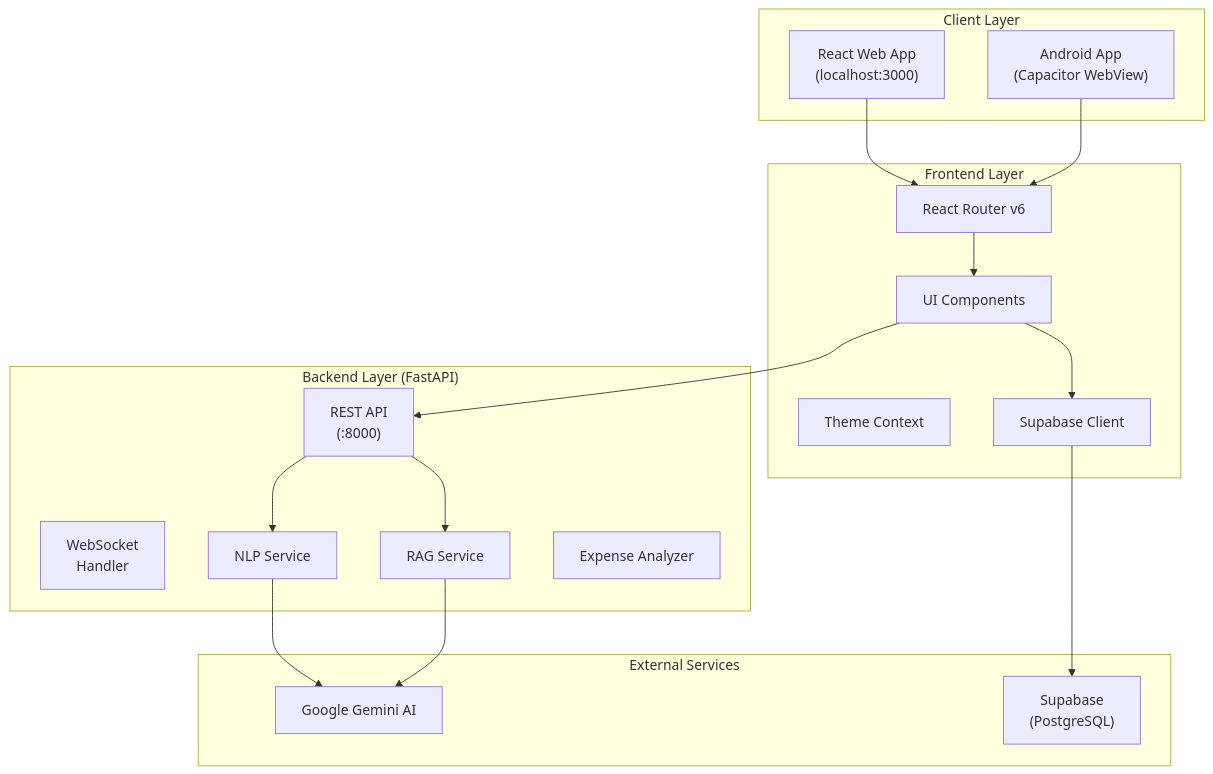
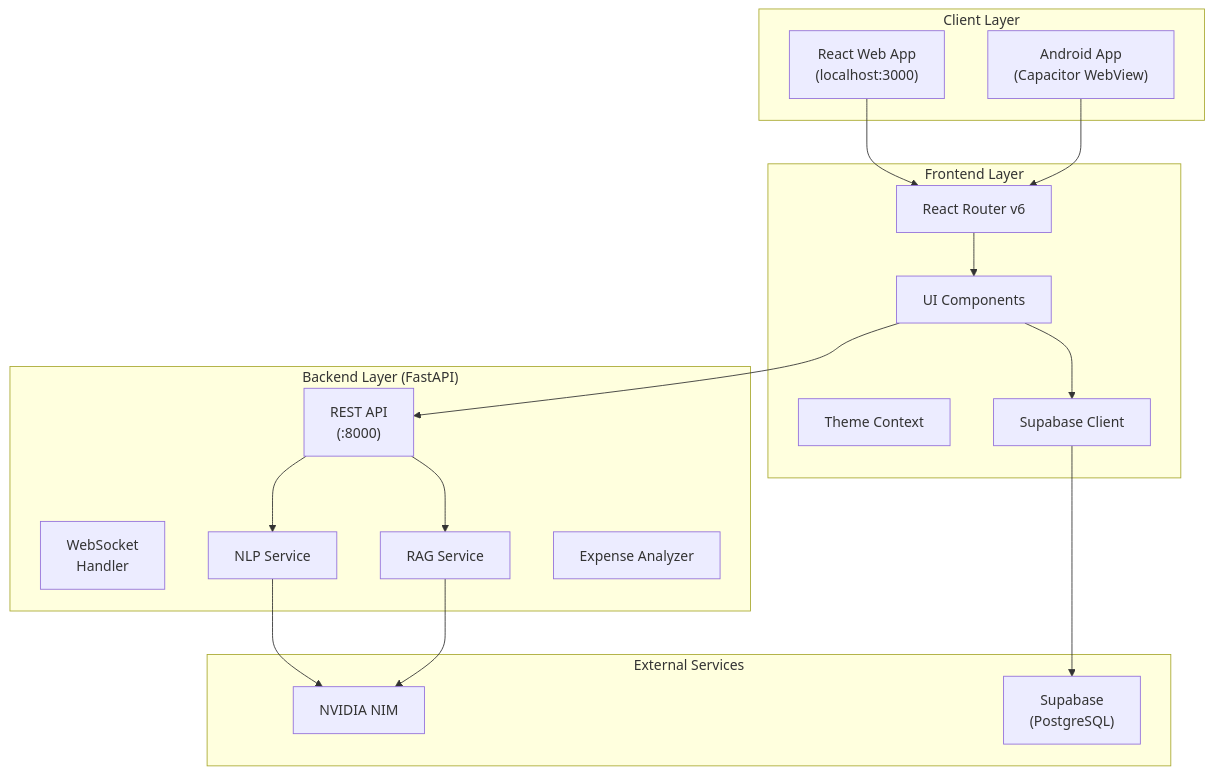
Before and after one commit to Gauravkrsah/pfm-deployment: the first of 7 diagrams in doc.md, drawn with Mermaid. The commit also changed other lines of this file and 111 other files, not shown here.

````diff
--- a/doc.md
+++ b/doc.md
@@ -43,38 +43,38 @@
 ```mermaid
 flowchart TB
     subgraph Client["Client Layer"]
         WebApp["React Web App<br/>(localhost:3000)"]
         MobileApp["Android App<br/>(Capacitor WebView)"]
     end
     
     subgraph Frontend["Frontend Layer"]
         Router["React Router v6"]
         Components["UI Components"]
         Context["Theme Context"]
         SupabaseClient["Supabase Client"]
     end
     
     subgraph Backend["Backend Layer (FastAPI)"]
         API["REST API<br/>(:8000)"]
         WS["WebSocket<br/>Handler"]
         NLP["NLP Service"]
         RAG["RAG Service"]
         Analyzer["Expense Analyzer"]
     end
     
     subgraph External["External Services"]
-        Gemini["Google Gemini AI"]
+        NIM["NVIDIA NIM"]
         SupabaseDB["Supabase<br/>(PostgreSQL)"]
     end
     
     WebApp --> Router
     MobileApp --> Router
     Router --> Components
     Components --> API
     Components --> SupabaseClient
     API --> NLP
     API --> RAG
-    NLP --> Gemini
-    RAG --> Gemini
+    NLP --> NIM
+    RAG --> NIM
     SupabaseClient --> SupabaseDB
 ```
````
